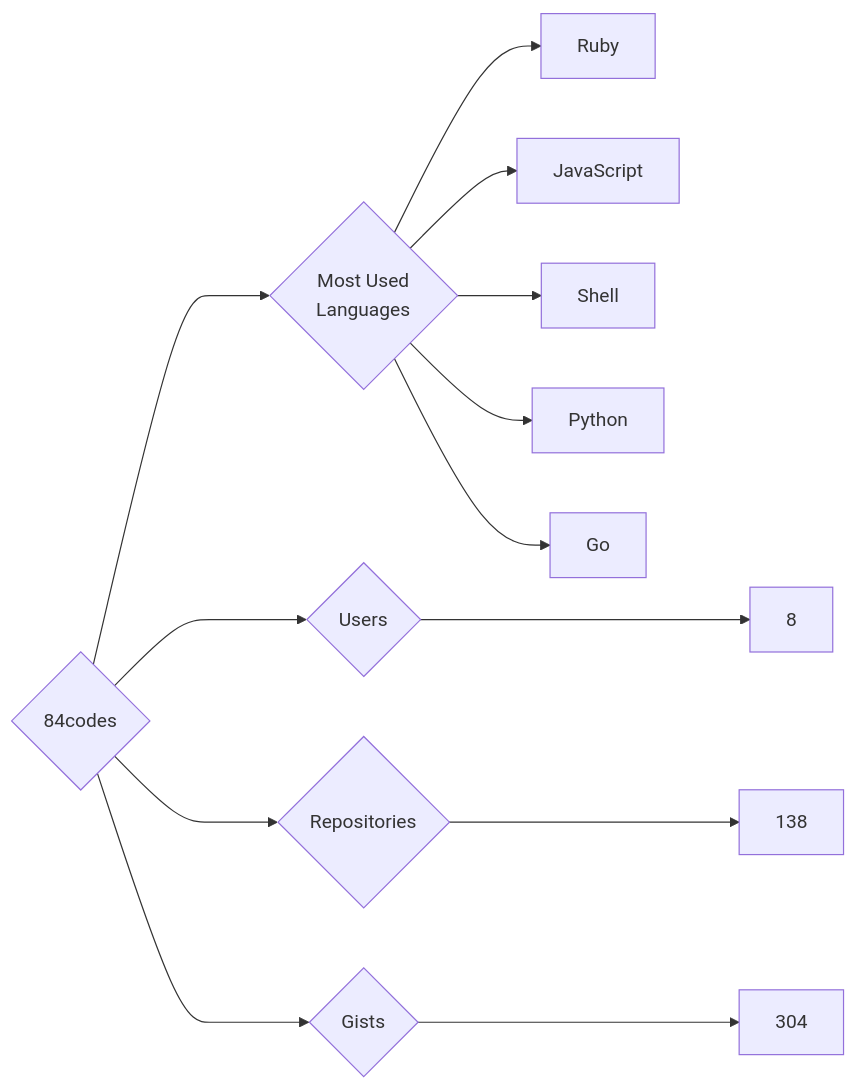
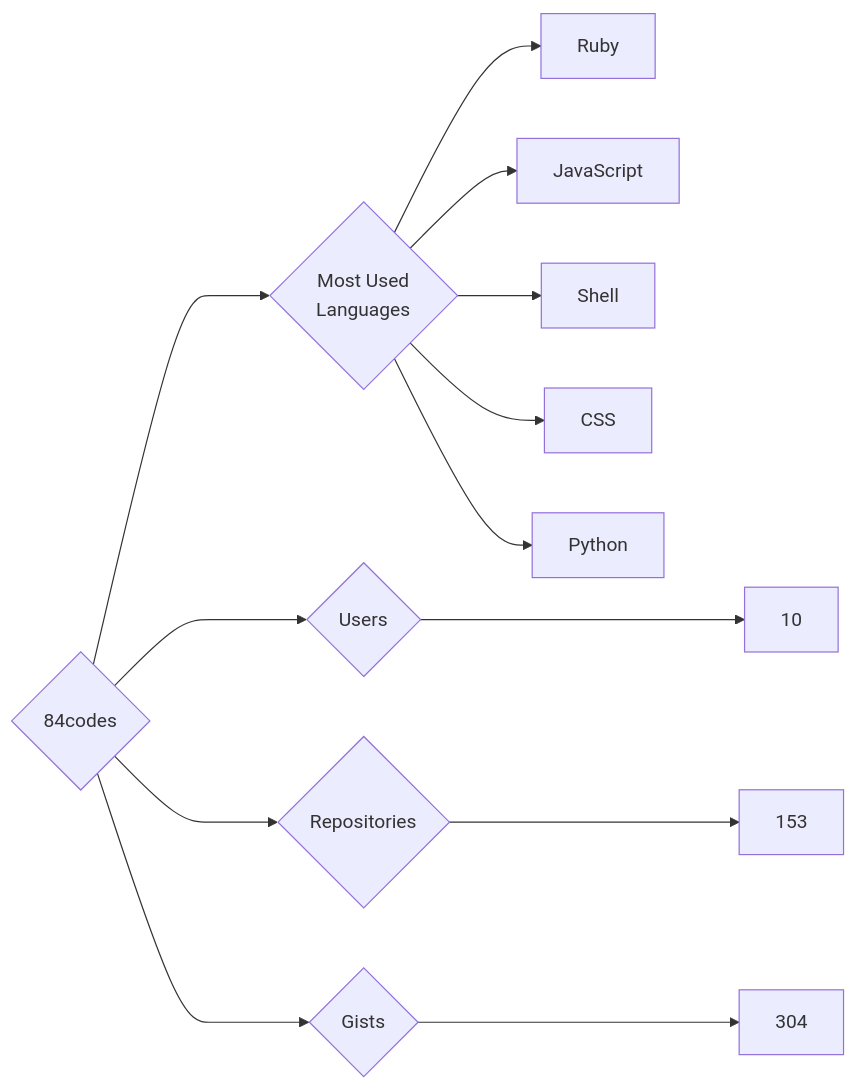
The diagram in targets/84codes/README.md (trickest/insiders), drawn with Mermaid before and after one commit. The commit also changed 951 other files, not shown here.

````diff
--- a/targets/84codes/README.md
+++ b/targets/84codes/README.md
@@ -3,13 +3,13 @@
 ```mermaid
 graph LR
 COMPANY_NAME{84codes}
-COMPANY_NAME ---> U{Users} ---> UN[8]
-COMPANY_NAME ---> R{Repositories} ---> RN[138]
+COMPANY_NAME ---> U{Users} ---> UN[10]
+COMPANY_NAME ---> R{Repositories} ---> RN[153]
 COMPANY_NAME ---> G{Gists} ---> GN[304]
 COMPANY_NAME ---> ML{Most Used<br>Languages}
-ML --> Ruby
-ML --> JavaScript
-ML --> Shell
-ML --> Python
-ML --> Go
+ML --> Ruby[Ruby]
+ML --> JavaScript[JavaScript]
+ML --> Shell[Shell]
+ML --> CSS[CSS]
+ML --> Python[Python]
 ```
````
